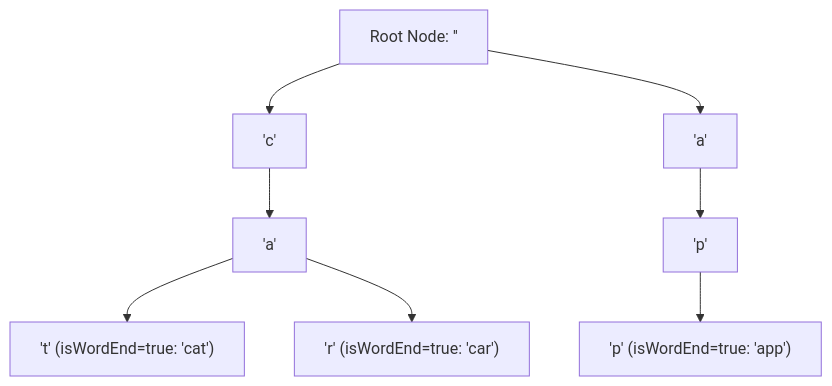
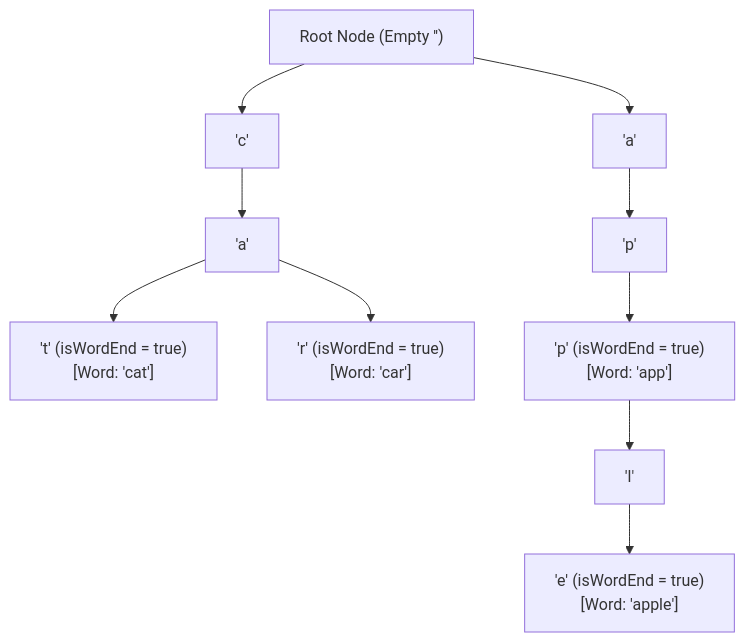
One commit to Amie-dev/engineering-playbook changed the first of 2 diagrams in js-dsa/15-tries.md. Above: the diagram before and after it, drawn with Mermaid. The commit also changed other lines of this file and 24 other files, not shown here.

````diff
--- a/js-dsa/15-tries.md
+++ b/js-dsa/15-tries.md
@@ -10,12 +13,14 @@
 ```mermaid
 graph TD
-    Root["Root Node: ''"] --> C_c["'c'"]
+    Root["Root Node (Empty '')"] --> C_c["'c'"]
     Root --> C_a["'a'"]
 
     C_c --> C_a2["'a'"]
-    C_a2 --> C_t["'t' (isWordEnd=true: 'cat')"]
-    C_a2 --> C_r["'r' (isWordEnd=true: 'car')"]
+    C_a2 --> C_t["'t' (isWordEnd = true)<br/>[Word: 'cat']"]
+    C_a2 --> C_r["'r' (isWordEnd = true)<br/>[Word: 'car']"]
 
-    C_a --> C_p["'p'"]
-    C_p --> C_p2["'p' (isWordEnd=true: 'app')"]
+    C_a --> C_p1["'p'"]
+    C_p1 --> C_p2["'p' (isWordEnd = true)<br/>[Word: 'app']"]
+    C_p2 --> C_l["'l'"]
+    C_l --> C_e["'e' (isWordEnd = true)<br/>[Word: 'apple']"]
 ```
````
